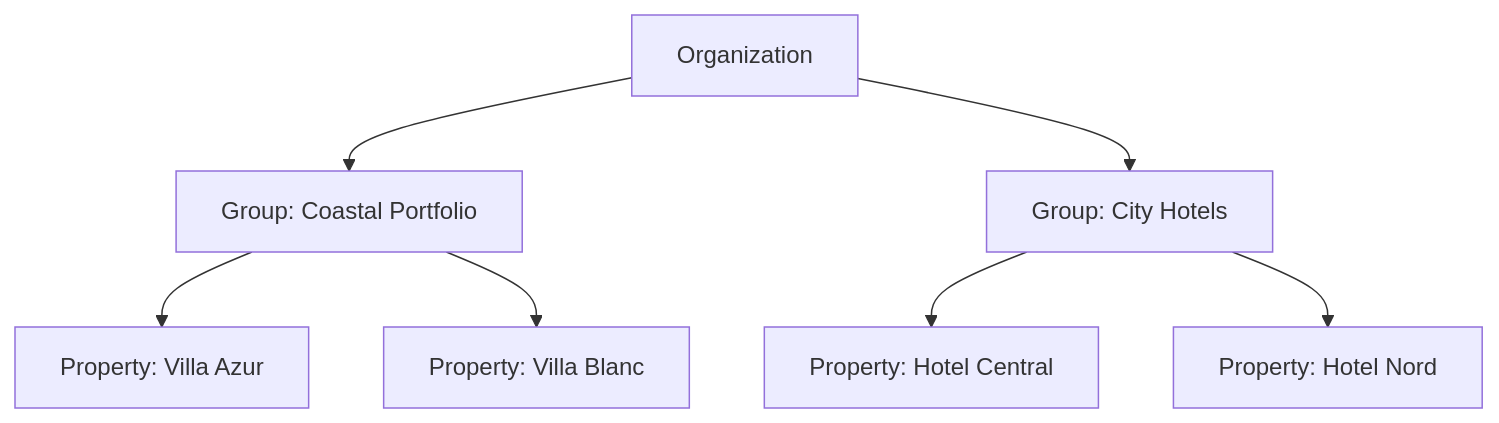
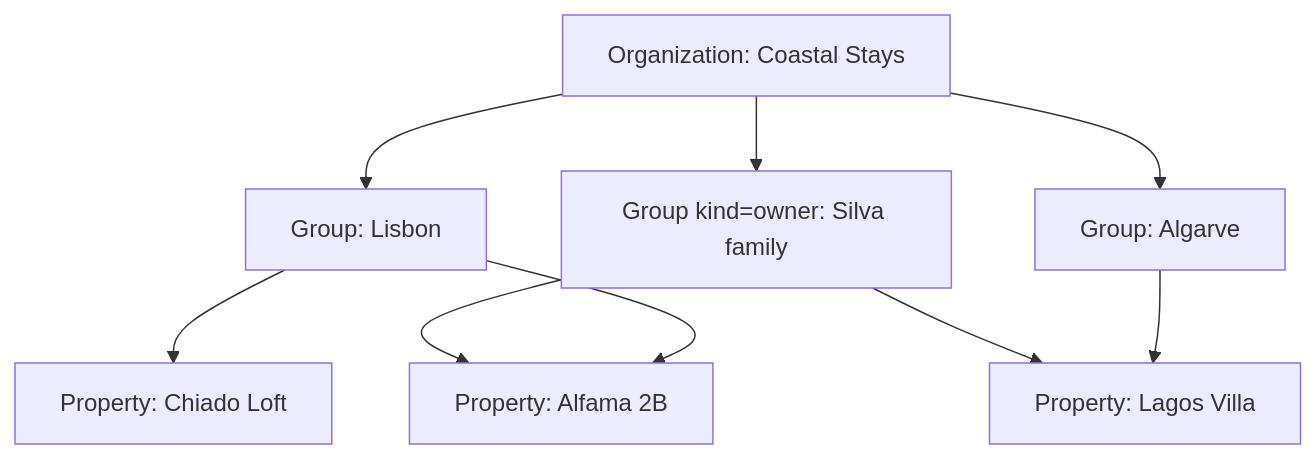
Before and after one commit to henihaddad/channex-pms: the diagram in docs/specs/02-personas-and-rbac.md, drawn with Mermaid. The commit also changed other lines of this file and 19 other files, not shown here.

````diff
--- a/docs/specs/02-personas-and-rbac.md
+++ b/docs/specs/02-personas-and-rbac.md
@@ -33,9 +34,11 @@
 ```mermaid
 flowchart TD
-  O[Organization] --> G1[Group: Coastal Portfolio]
-  O --> G2[Group: City Hotels]
-  G1 --> P1[Property: Villa Azur]
-  G1 --> P2[Property: Villa Blanc]
-  G2 --> P3[Property: Hotel Central]
-  G2 --> P4[Property: Hotel Nord]
+  O[Organization: Coastal Stays] --> G1[Group: Lisbon]
+  O --> G2[Group: Algarve]
+  O --> G3[Group kind=owner: Silva family]
+  G1 --> P1[Property: Alfama 2B]
+  G1 --> P2[Property: Chiado Loft]
+  G2 --> P3[Property: Lagos Villa]
+  G3 --> P1
+  G3 --> P3
 ```
````
